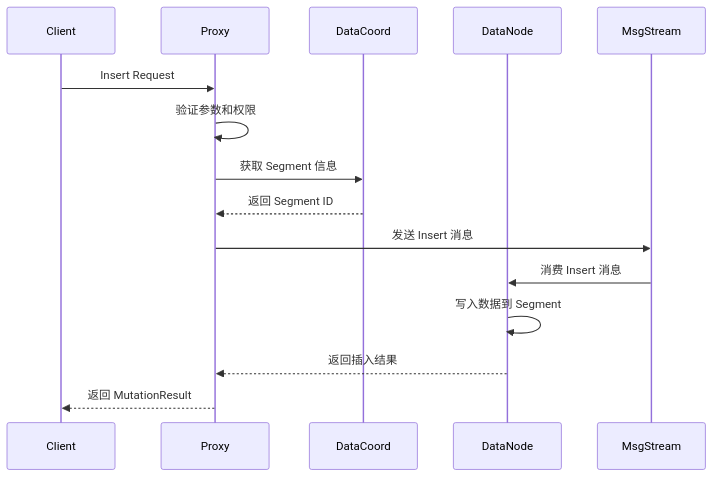
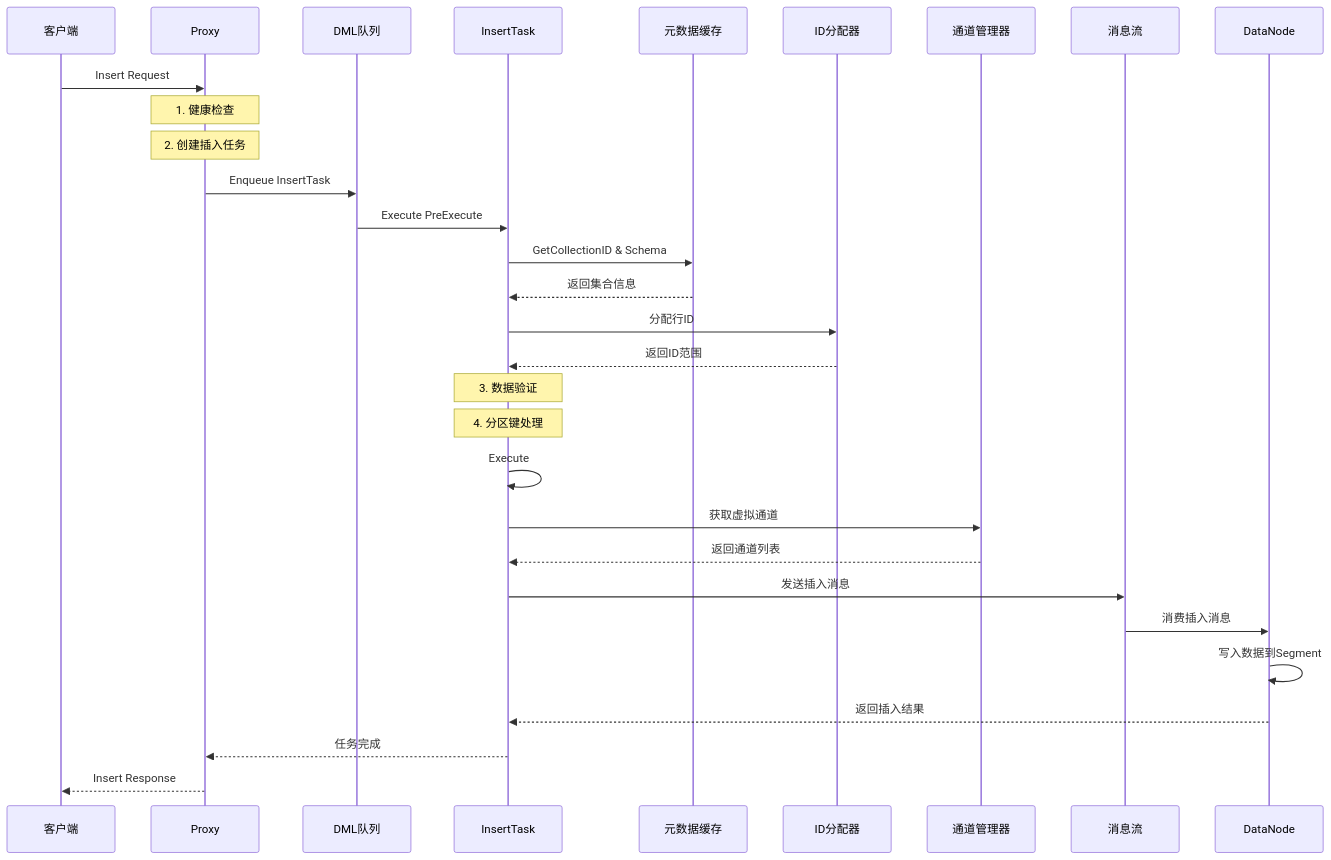
One commit to haoyunlt/myblog changed the third of 14 diagrams in content/posts/milvus-source-analysis.md. Above: the diagram before and after it, drawn with Mermaid. The commit also changed other lines of this file and 335 other files, not shown here.

````diff
--- a/content/posts/milvus-source-analysis.md
+++ b/content/posts/milvus-source-analysis.md
@@ -223,18 +961,33 @@
 ```mermaid
 sequenceDiagram
-    participant Client
-    participant Proxy
-    participant DataCoord
-    participant DataNode
-    participant MsgStream
+    participant Client as 客户端
+    participant Proxy as Proxy
+    participant TaskQueue as DML队列
+    participant Task as InsertTask
+    participant MetaCache as 元数据缓存
+    participant IDAllocator as ID分配器
+    participant ChannelMgr as 通道管理器
+    participant MsgStream as 消息流
+    participant DataNode as DataNode
     
     Client->>Proxy: Insert Request
-    Proxy->>Proxy: 验证参数和权限
-    Proxy->>DataCoord: 获取 Segment 信息
-    DataCoord-->>Proxy: 返回 Segment ID
-    Proxy->>MsgStream: 发送 Insert 消息
-    MsgStream->>DataNode: 消费 Insert 消息
-    DataNode->>DataNode: 写入数据到 Segment
-    DataNode-->>Proxy: 返回插入结果
-    Proxy-->>Client: 返回 MutationResult
+    Note over Proxy: 1. 健康检查
+    Note over Proxy: 2. 创建插入任务
+    Proxy->>TaskQueue: Enqueue InsertTask
+    TaskQueue->>Task: Execute PreExecute
+    Task->>MetaCache: GetCollectionID & Schema
+    MetaCache-->>Task: 返回集合信息
+    Task->>IDAllocator: 分配行ID
+    IDAllocator-->>Task: 返回ID范围
+    Note over Task: 3. 数据验证
+    Note over Task: 4. 分区键处理
+    Task->>Task: Execute
+    Task->>ChannelMgr: 获取虚拟通道
+    ChannelMgr-->>Task: 返回通道列表
+    Task->>MsgStream: 发送插入消息
+    MsgStream->>DataNode: 消费插入消息
+    DataNode->>DataNode: 写入数据到Segment
+    DataNode-->>Task: 返回插入结果
+    Task-->>Proxy: 任务完成
+    Proxy-->>Client: Insert Response
 ```
````
